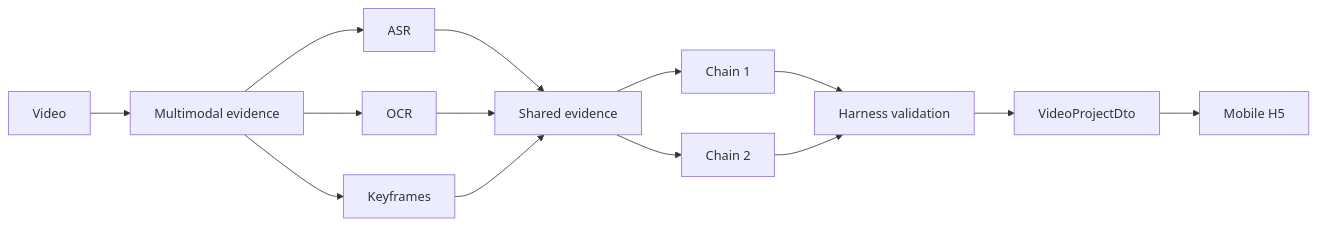
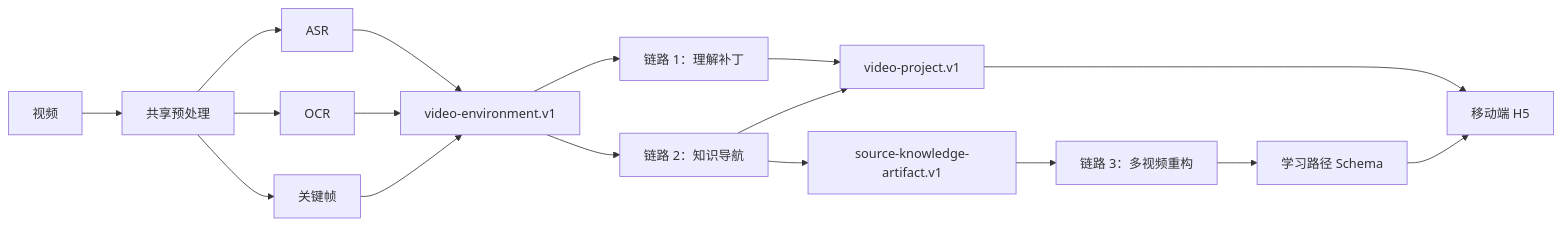
The diagram in README.md (5JjiaLin/key-points-ai-video), drawn with Mermaid before and after one commit. The commit also changed other lines of this file and 18 other files, not shown here.

````diff
--- a/README.md
+++ b/README.md
@@ -71,16 +93,19 @@
 ```mermaid
 flowchart LR
-    V["Video"] --> M["Multimodal evidence"]
-    M --> A["ASR"]
-    M --> O["OCR"]
-    M --> K["Keyframes"]
-    A --> E["Shared evidence"]
+    V["视频"] --> P["共享预处理"]
+    P --> A["ASR"]
+    P --> O["OCR"]
+    P --> K["关键帧"]
+    A --> E["video-environment.v1"]
     O --> E
     K --> E
-    E --> C1["Chain 1"]
-    E --> C2["Chain 2"]
-    C1 --> H["Harness validation"]
-    C2 --> H
-    H --> DTO["VideoProjectDto"]
-    DTO --> UI["Mobile H5"]
+    E --> C1["链路 1：理解补丁"]
+    E --> C2["链路 2：知识导航"]
+    C1 --> U["video-project.v1"]
+    C2 --> U
+    C2 --> S["source-knowledge-artifact.v1"]
+    S --> C3["链路 3：多视频重构"]
+    C3 --> L["学习路径 Schema"]
+    U --> H["移动端 H5"]
+    L --> H
 ```
````
